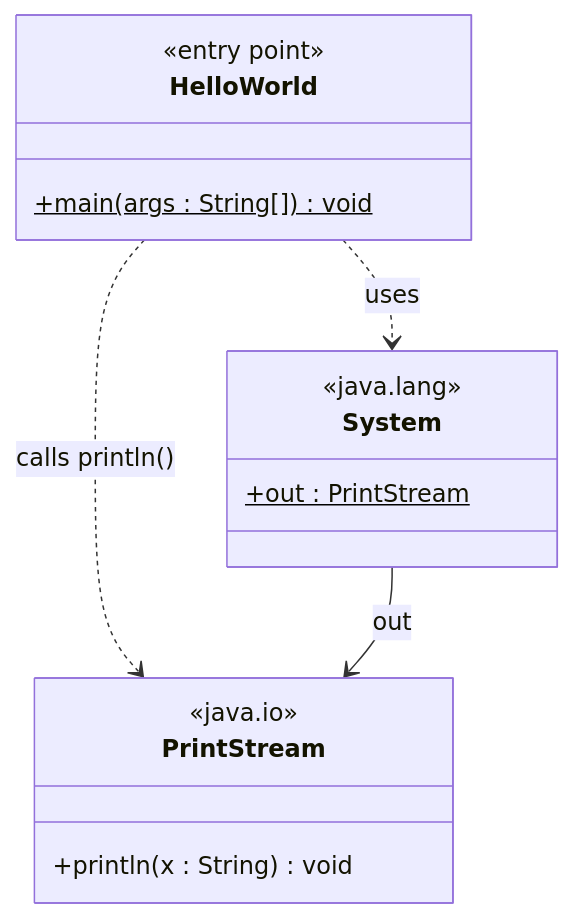
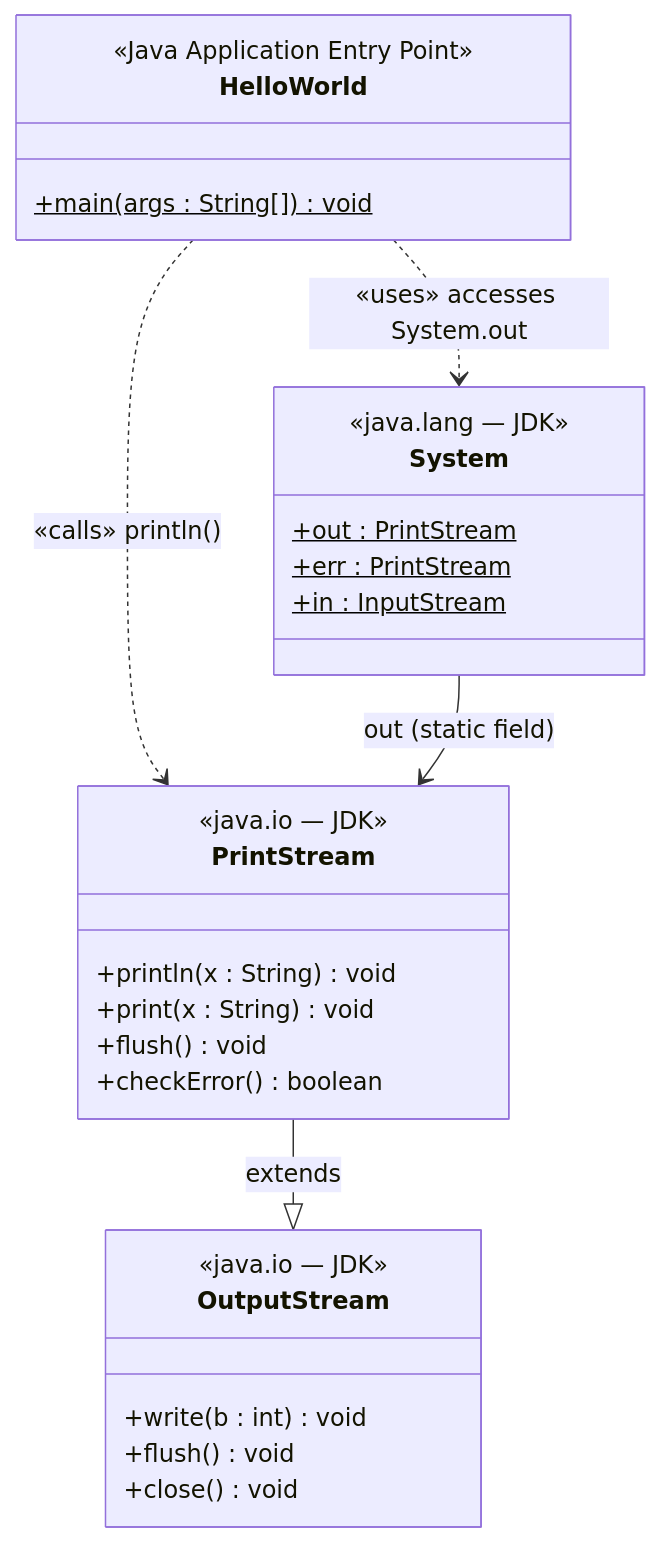
One commit to ktruchcz/copilot-test-ktruchcz changed the sixth of 20 diagrams in arc42-documentation.md. Above: the diagram before and after it, drawn with Mermaid. The commit also changed other lines of this file, not shown here.

First line of the commit message:
Update arc42-documentation.md to v1.1.0 with enhanced content and new diagrams

````diff
--- a/arc42-documentation.md
+++ b/arc42-documentation.md
@@ -222,23 +285,36 @@
 ```mermaid
 classDiagram
     direction TB
 
     class HelloWorld {
-        <<entry point>>
+        <<Java Application Entry Point>>
         +main(args : String[]) void$
     }
 
     class System {
-        <<java.lang>>
+        <<java.lang — JDK>>
         +out : PrintStream$
+        +err : PrintStream$
+        +in : InputStream$
     }
 
     class PrintStream {
-        <<java.io>>
+        <<java.io — JDK>>
         +println(x : String) void
+        +print(x : String) void
+        +flush() void
+        +checkError() boolean
     }
 
-    HelloWorld ..> System : uses
-    HelloWorld ..> PrintStream : calls println()
-    System --> PrintStream : out
+    class OutputStream {
+        <<java.io — JDK>>
+        +write(b : int) void
+        +flush() void
+        +close() void
+    }
+
+    HelloWorld ..> System : «uses» accesses System.out
+    HelloWorld ..> PrintStream : «calls» println()
+    System --> PrintStream : out (static field)
+    PrintStream --|> OutputStream : extends
 ```
````
